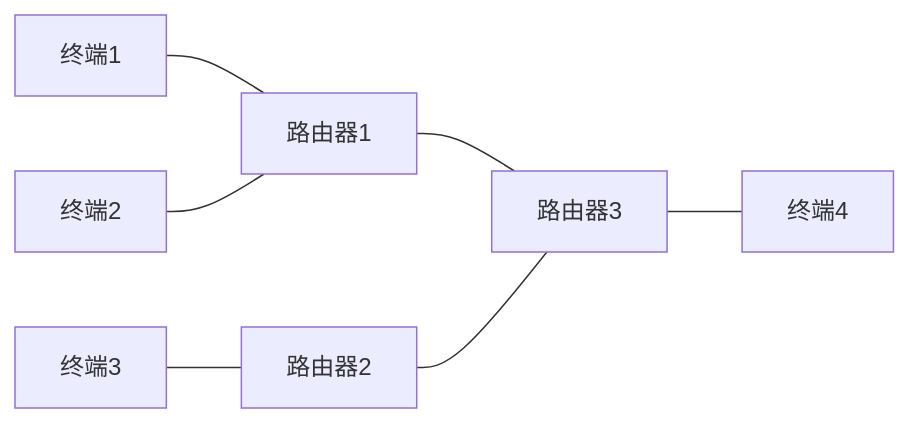
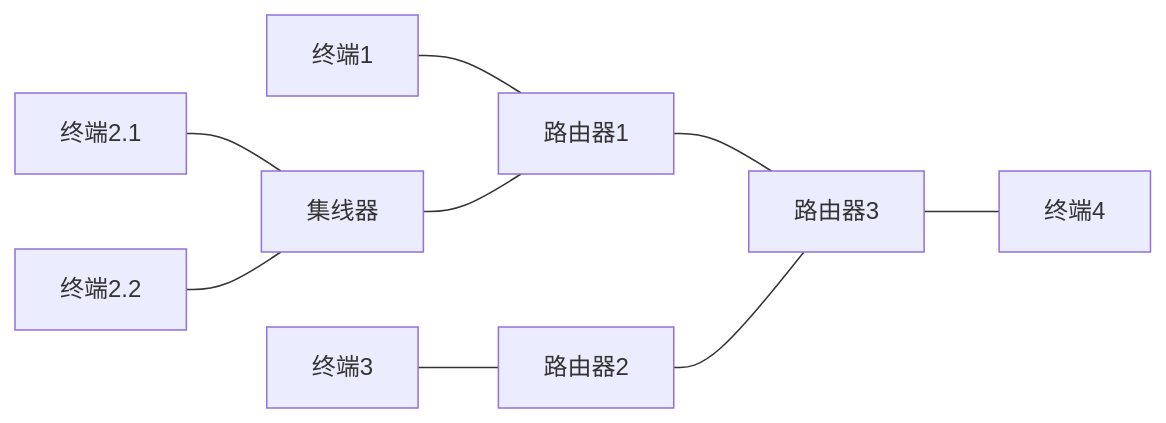
Before and after one commit to KZ25T/2022ics: the diagram in documents/3.computer_simple/4.network.md, drawn with Mermaid. The commit also changed other lines of this file, not shown here.

Commit message:
20230310_完成科普网络部分_补充内容

````diff
--- a/documents/3.computer_simple/4.network.md
+++ b/documents/3.computer_simple/4.network.md
@@ -80,16 +80,20 @@
 ```mermaid
 graph LR
 A1[终端1]
-A2[终端2]
+A21[终端2.1]
+A22[终端2.2]
+A2[集线器]
 A3[终端3]
 A4[终端4]
 R1[路由器1]
 R2[路由器2]
 R3[路由器3]
+A21---A2
+A22---A2
 A1---R1
 A2---R1
 A3---R2
 R3---A4
 R1---R3
 R2---R3
 ```
````
